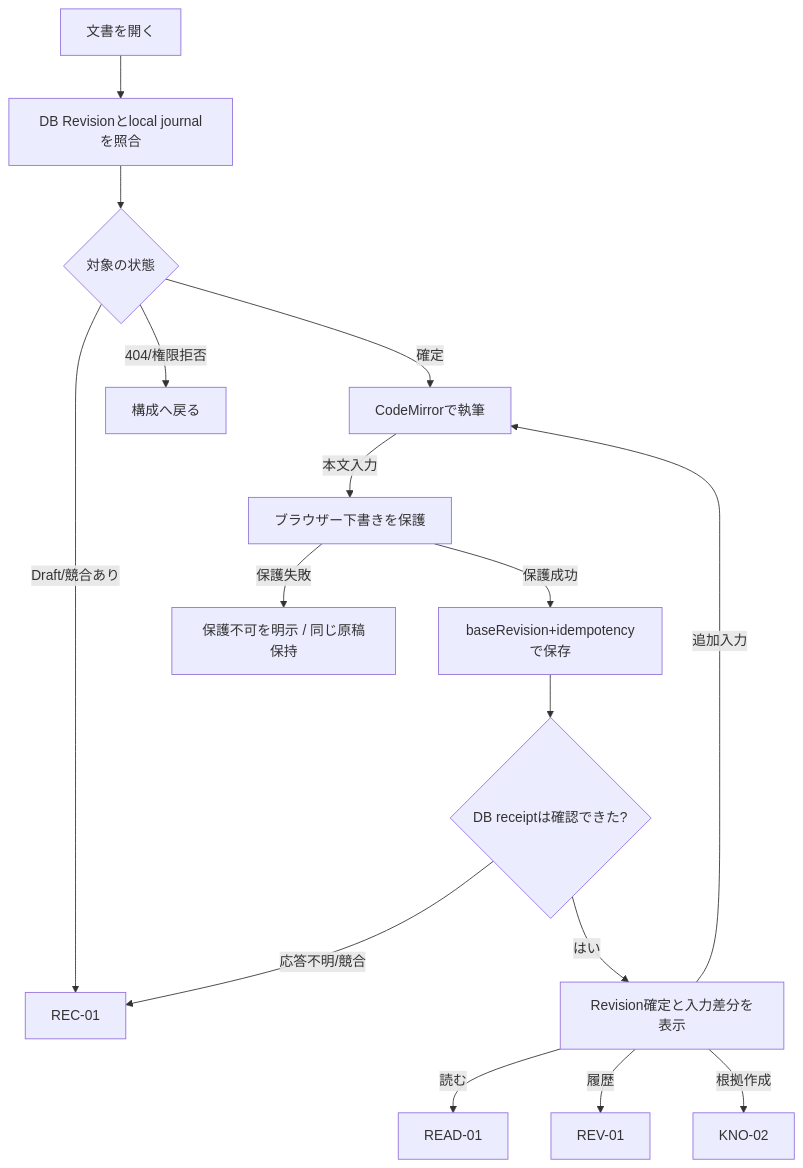
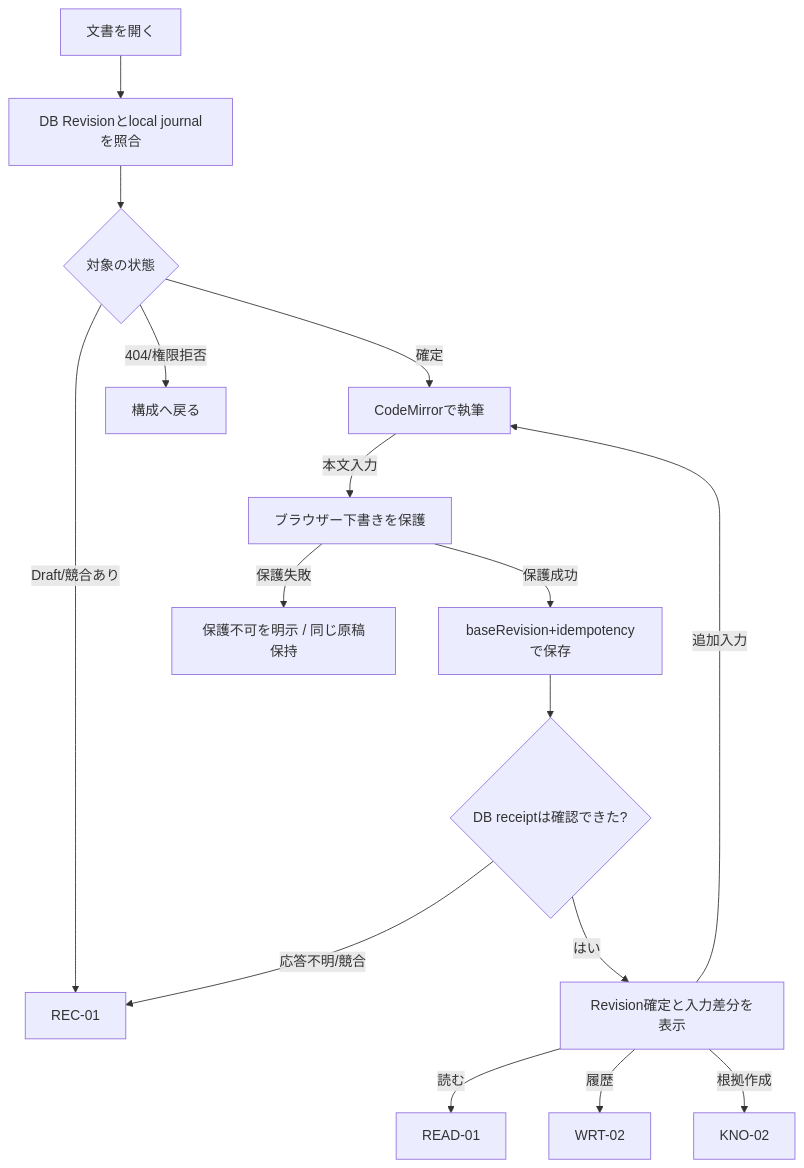
One commit to yohn-jp/codexia changed the sixth of 24 diagrams in docs/design/SCREEN-STATE-ATLAS.md. Above: the diagram before and after it, drawn with Mermaid. The commit also changed other lines of this file and 2 other files, not shown here.

````diff
--- a/docs/design/SCREEN-STATE-ATLAS.md
+++ b/docs/design/SCREEN-STATE-ATLAS.md
@@ -101,18 +101,18 @@
 ```mermaid
 flowchart TD
     OPEN["文書を開く"] --> FETCH["DB Revisionとlocal journalを照合"]
     FETCH --> STATE{"対象の状態"}
     STATE -->|確定| EDIT["CodeMirrorで執筆"]
     STATE -->|Draft/競合あり| RECOVER["REC-01"]
     STATE -->|404/権限拒否| OUTLINE["構成へ戻る"]
     EDIT -->|本文入力| JOURNAL["ブラウザー下書きを保護"]
     JOURNAL -->|保護成功| SAVE["baseRevision+idempotencyで保存"]
     JOURNAL -->|保護失敗| RISK["保護不可を明示 / 同じ原稿保持"]
     SAVE --> RESULT{"DB receiptは確認できた?"}
     RESULT -->|はい| CONFIRMED["Revision確定と入力差分を表示"]
     RESULT -->|応答不明/競合| RECOVER
     CONFIRMED -->|追加入力| EDIT
     CONFIRMED -->|読む| READING["READ-01"]
-    CONFIRMED -->|履歴| HIST["REV-01"]
+    CONFIRMED -->|履歴| HIST["WRT-02"]
     CONFIRMED -->|根拠作成| KNOW["KNO-02"]
 ```
````
